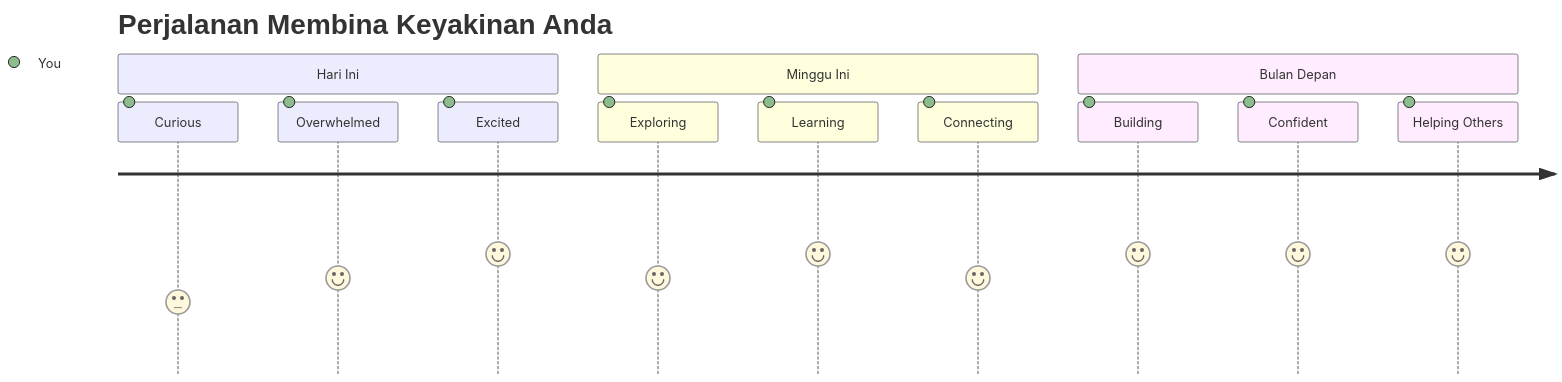
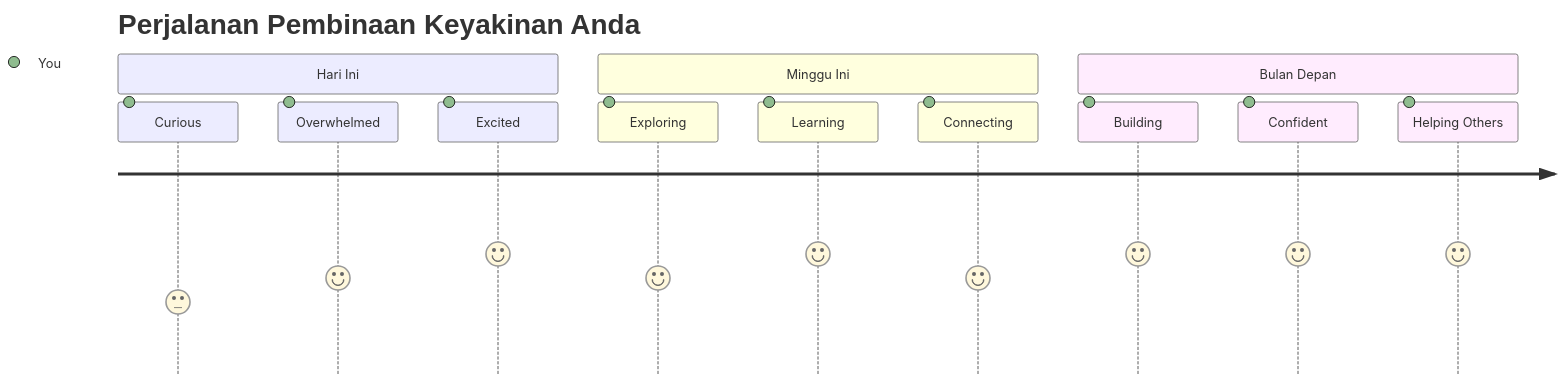
The seventh of 7 diagrams in translations/ms/1-getting-started-lessons/1-intro-to-programming-languages/README.md (microsoft/Web-Dev-For-Beginners), drawn with Mermaid before and after one commit. The commit also changed other lines of this file and 8 other files, not shown here.

````diff
--- a/translations/ms/1-getting-started-lessons/1-intro-to-programming-languages/README.md
+++ b/translations/ms/1-getting-started-lessons/1-intro-to-programming-languages/README.md
@@ -833,16 +833,16 @@
 ```mermaid
 journey
-    title Perjalanan Membina Keyakinan Anda
+    title Perjalanan Pembinaan Keyakinan Anda
     section Hari Ini
       Curious: 3: You
       Overwhelmed: 4: You
       Excited: 5: You
     section Minggu Ini
       Exploring: 4: You
       Learning: 5: You
       Connecting: 4: You
     section Bulan Depan
       Building: 5: You
       Confident: 5: You
       Helping Others: 5: You
 ```
````
